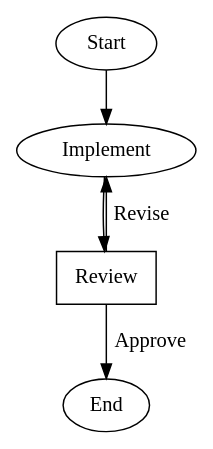
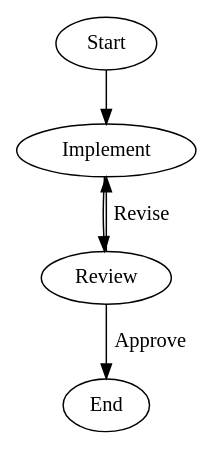
The fourth of 26 diagrams in site/docs/workflows/pipelines.md (stencila/stencila), drawn with Graphviz before and after one commit. The commit also changed other lines of this file and 20 other files, not shown here.

````diff
--- a/site/docs/workflows/pipelines.md
+++ b/site/docs/workflows/pipelines.md
@@ -179,12 +181,12 @@
 ```dot
 digraph ParentWorkflow {
   Start -> Implement
 
   Implement [workflow="code-implementation"]
   Implement -> Review
 
-  Review [shape=human]
+  Review [ask="Review the changes"]
   Review -> End       [label="Approve"]
   Review -> Implement [label="Revise"]
 }
 ```
````
